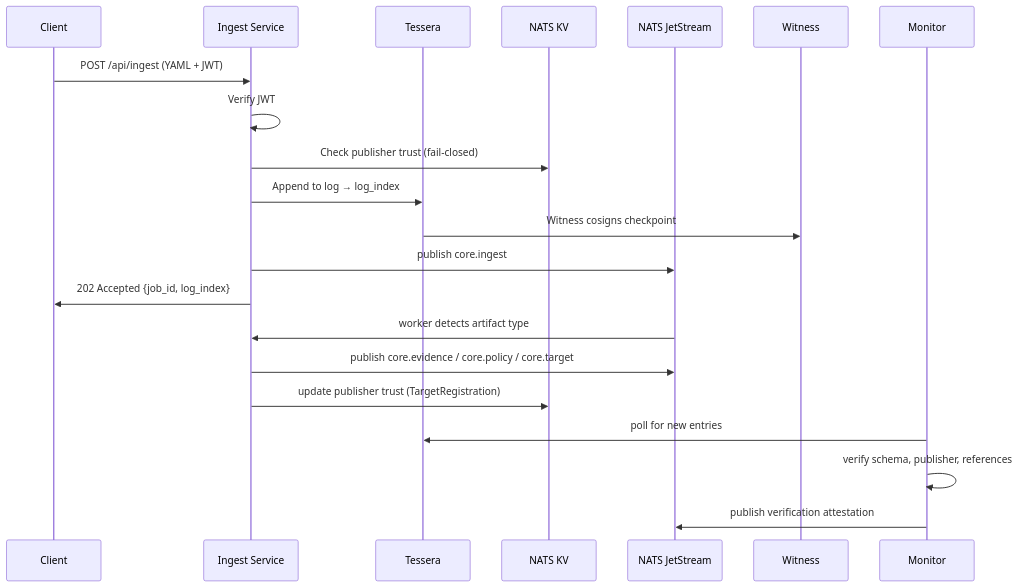
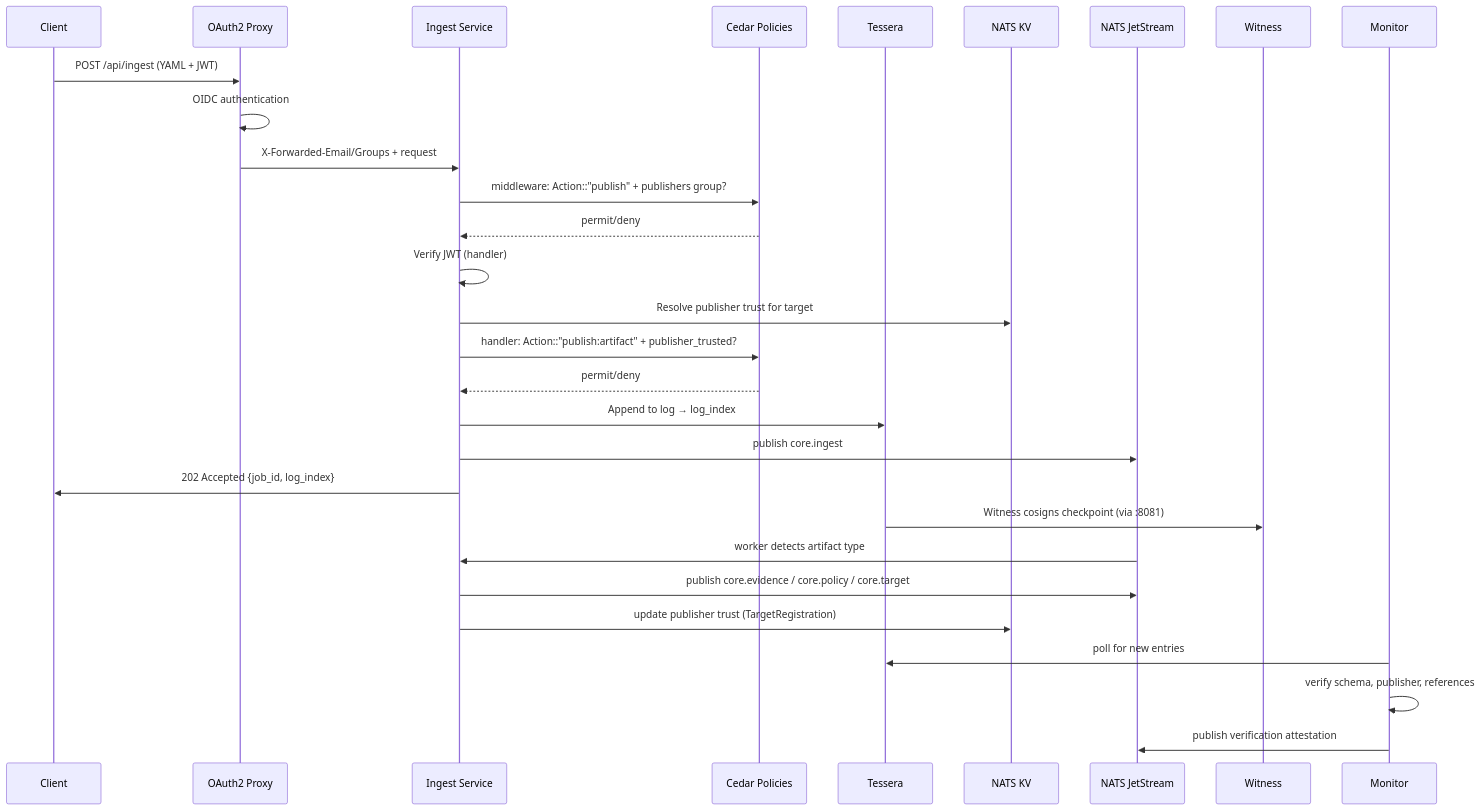
Before and after one commit to complytime-labs/complytime-core: the second of 2 diagrams in docs/architecture.md, drawn with Mermaid. The commit also changed other lines of this file and 29 other files, not shown here.

First line of the commit message:
feat: Cedar authorization with default-deny middleware and authenticated tlog reads (#163)

````diff
--- a/docs/architecture.md
+++ b/docs/architecture.md
@@ -97,24 +114,32 @@
 ```mermaid
 sequenceDiagram
   participant C as Client
+  participant P as OAuth2 Proxy
   participant I as Ingest Service
+  participant Cedar as Cedar Policies
   participant T as Tessera
   participant KV as NATS KV
   participant N as NATS JetStream
   participant W as Witness
   participant M as Monitor
 
-  C->>I: POST /api/ingest (YAML + JWT)
-  I->>I: Verify JWT
-  I->>KV: Check publisher trust (fail-closed)
+  C->>P: POST /api/ingest (YAML + JWT)
+  P->>P: OIDC authentication
+  P->>I: X-Forwarded-Email/Groups + request
+  I->>Cedar: middleware: Action::"publish" + publishers group?
+  Cedar-->>I: permit/deny
+  I->>I: Verify JWT (handler)
+  I->>KV: Resolve publisher trust for target
+  I->>Cedar: handler: Action::"publish:artifact" + publisher_trusted?
+  Cedar-->>I: permit/deny
   I->>T: Append to log → log_index
-  T->>W: Witness cosigns checkpoint
   I->>N: publish core.ingest
   I->>C: 202 Accepted {job_id, log_index}
+  T->>W: Witness cosigns checkpoint (via :8081)
   N->>I: worker detects artifact type
   I->>N: publish core.evidence / core.policy / core.target
   I->>KV: update publisher trust (TargetRegistration)
   M->>T: poll for new entries
   M->>M: verify schema, publisher, references
   M->>N: publish verification attestation
 ```
````
